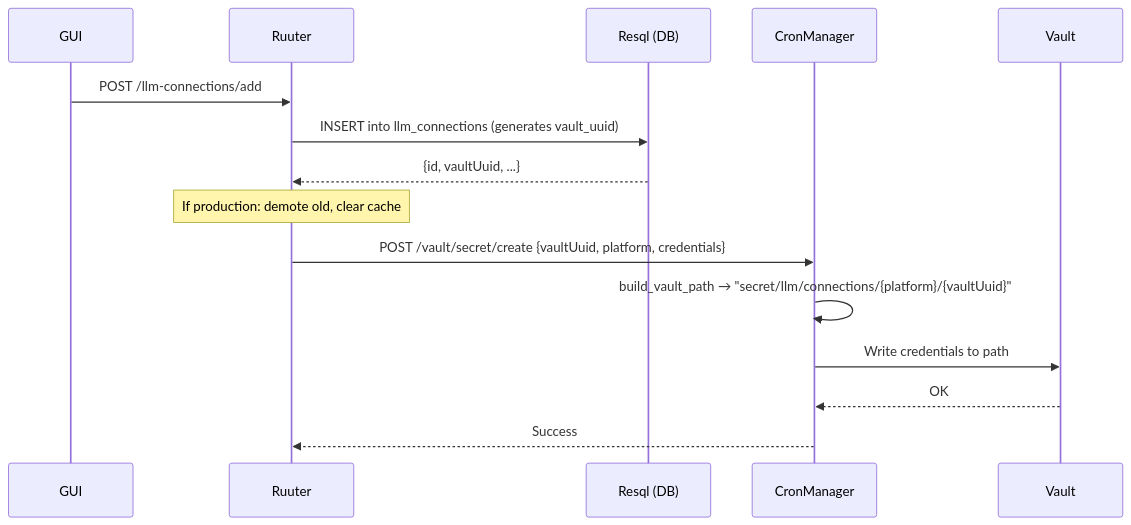
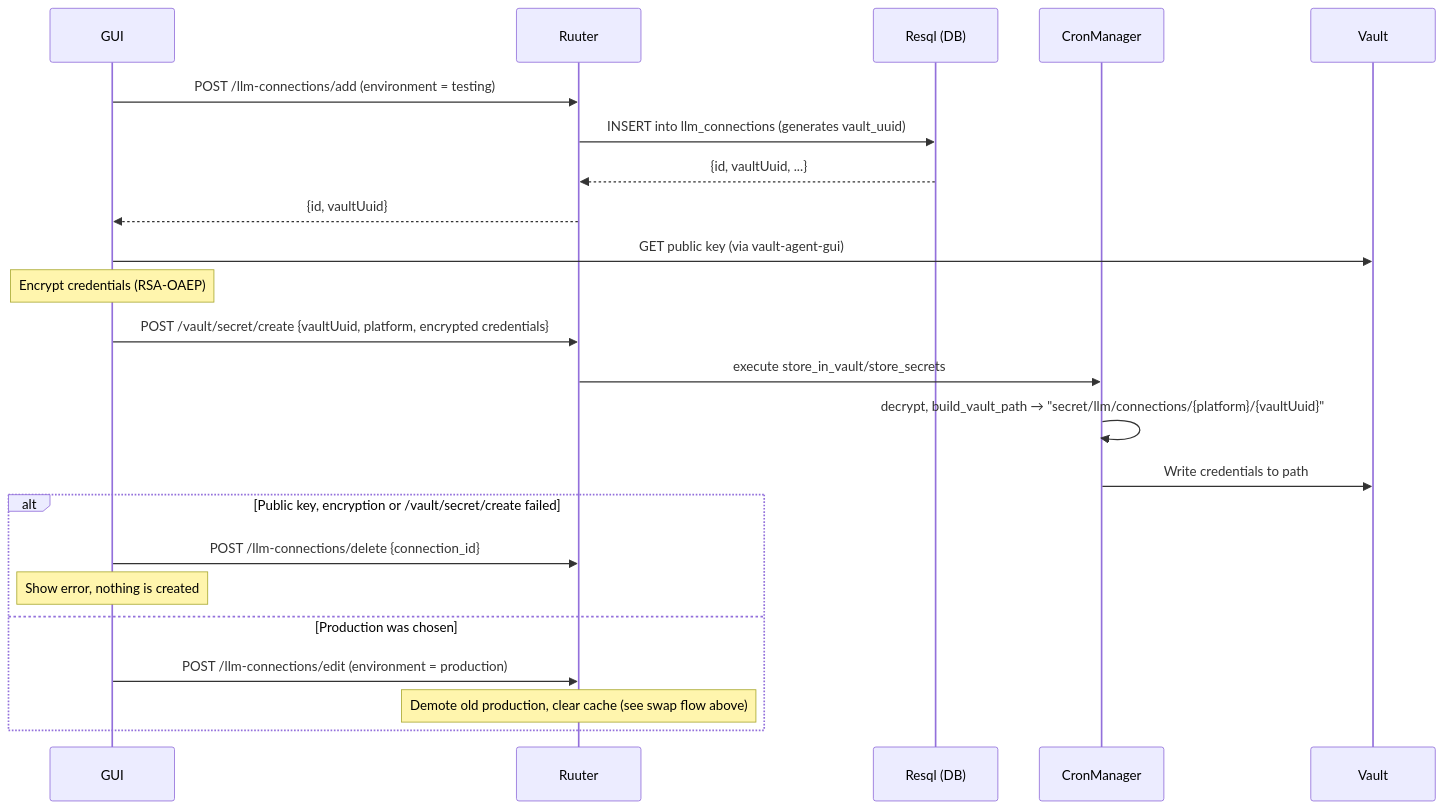
One commit to buerokratt/LLM-Module changed the third of 3 diagrams in docs/CONNECTION_SWAP_FLOW.md. Above: the diagram before and after it, drawn with Mermaid. The commit also changed other lines of this file and 4 other files, not shown here.

Commit message:
fix(580): roll back LLM connection when storing credentials fails

````diff
--- a/docs/CONNECTION_SWAP_FLOW.md
+++ b/docs/CONNECTION_SWAP_FLOW.md
@@ -268,20 +270,29 @@
 ```mermaid
 sequenceDiagram
     participant GUI
     participant Ruuter
     participant Resql as Resql (DB)
     participant CronMgr as CronManager
     participant Vault
 
-    GUI->>Ruuter: POST /llm-connections/add
+    GUI->>Ruuter: POST /llm-connections/add (environment = testing)
     Ruuter->>Resql: INSERT into llm_connections (generates vault_uuid)
     Resql-->>Ruuter: {id, vaultUuid, ...}
+    Ruuter-->>GUI: {id, vaultUuid}
 
-    Note over Ruuter: If production: demote old, clear cache
+    GUI->>Vault: GET public key (via vault-agent-gui)
+    Note over GUI: Encrypt credentials (RSA-OAEP)
 
-    Ruuter->>CronMgr: POST /vault/secret/create {vaultUuid, platform, credentials}
-    CronMgr->>CronMgr: build_vault_path → "secret/llm/connections/{platform}/{vaultUuid}"
+    GUI->>Ruuter: POST /vault/secret/create {vaultUuid, platform, encrypted credentials}
+    Ruuter->>CronMgr: execute store_in_vault/store_secrets
+    CronMgr->>CronMgr: decrypt, build_vault_path → "secret/llm/connections/{platform}/{vaultUuid}"
     CronMgr->>Vault: Write credentials to path
-    Vault-->>CronMgr: OK
-    CronMgr-->>Ruuter: Success
+
+    alt Public key, encryption or /vault/secret/create failed
+        GUI->>Ruuter: POST /llm-connections/delete {connection_id}
+        Note over GUI: Show error, nothing is created
+    else Production was chosen
+        GUI->>Ruuter: POST /llm-connections/edit (environment = production)
+        Note over Ruuter: Demote old production, clear cache (see swap flow above)
+    end
 ```
````
